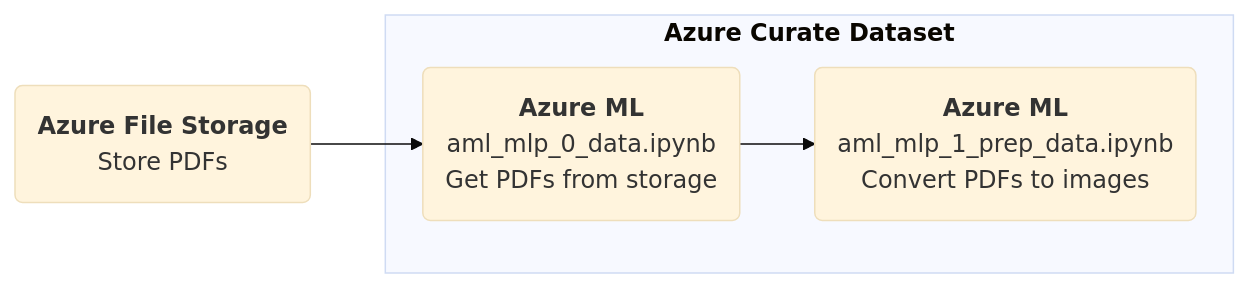
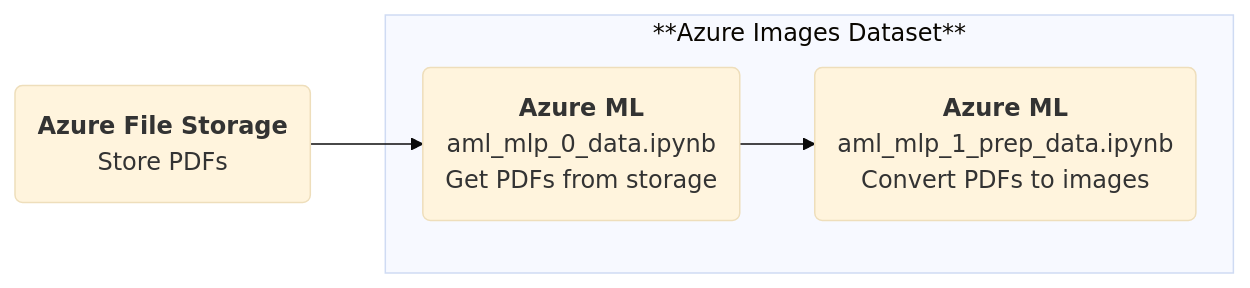
The first of 2 diagrams in README.md (anyaconda/myFiftyoneComputerVision), drawn with Mermaid (base theme) before and after one commit. The commit also changed other lines of this file, not shown here.

Commit message:
Update README.md - updated mermaid diagram

````diff
--- a/README.md
+++ b/README.md
@@ -24,15 +24,15 @@
 ```mermaid
   flowchart LR
     a1("`**Azure File Storage**
     Store PDFs`") --> a2("`**Azure ML**
     aml_mlp_0_data.ipynb
     Get PDFs from storage`")
 
-    subgraph "`**Azure Curate Dataset**`"
+    subgraph "**Azure Images Dataset**"
       a2("`**Azure ML**
       aml_mlp_0_data.ipynb
       Get PDFs from storage`") --> a3("`**Azure ML**
       aml_mlp_1_prep_data.ipynb
       Convert PDFs to images`")
-    end    
+    end       
 ```
````
